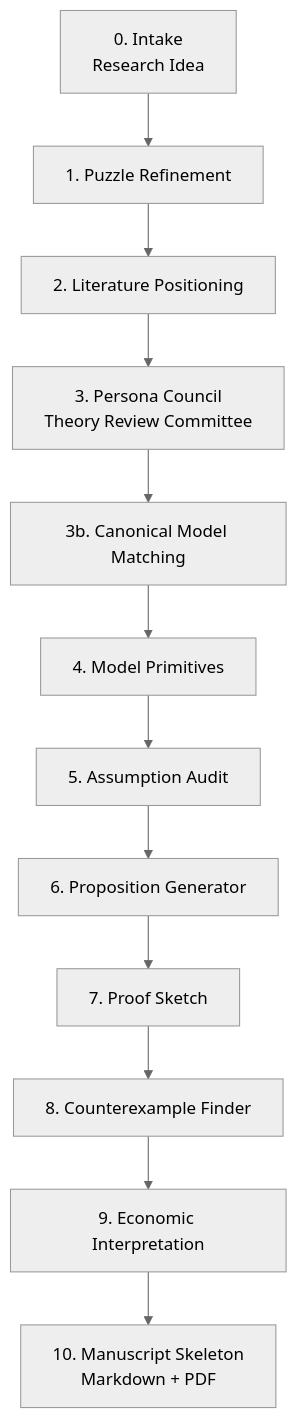
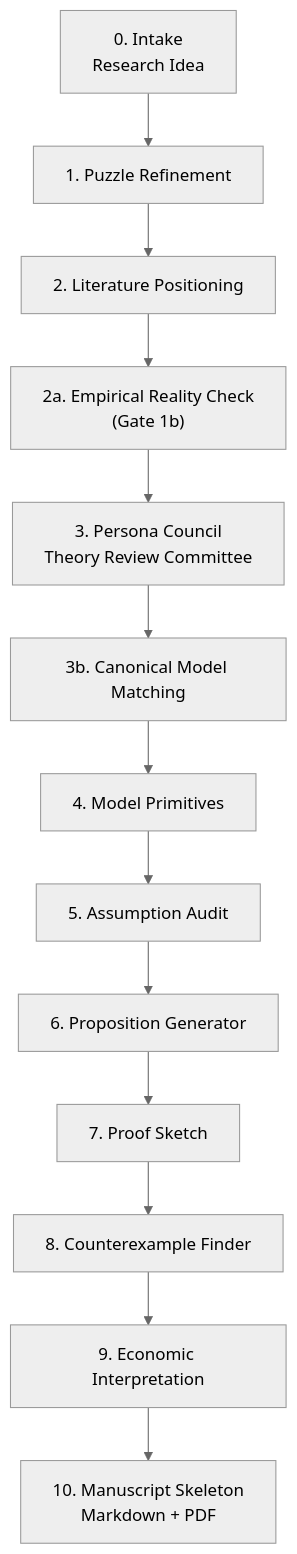
The diagram in README_EN.md (maxwell2732/pAI-Econ-claude), drawn with Mermaid (neutral theme) before and after one commit. The commit also changed other lines of this file and 26 other files, not shown here.

First line of the commit message:
Add Stage 2a Empirical Reality Check and Gate 1b to skill pipeline

````diff
--- a/README_EN.md
+++ b/README_EN.md
@@ -285,14 +300,15 @@
 ```mermaid
 flowchart TD
     A["0. Intake<br/>Research Idea"] --> B["1. Puzzle Refinement"]
     B --> C["2. Literature Positioning"]
-    C --> D["3. Persona Council<br/>Theory Review Committee"]
+    C --> C2["2a. Empirical Reality Check<br/>(Gate 1b)"]
+    C2 --> D["3. Persona Council<br/>Theory Review Committee"]
     D --> E["3b. Canonical Model Matching"]
     E --> F["4. Model Primitives"]
     F --> G["5. Assumption Audit"]
     G --> H["6. Proposition Generator"]
     H --> I["7. Proof Sketch"]
     I --> J["8. Counterexample Finder"]
     J --> K["9. Economic Interpretation"]
     K --> L["10. Manuscript Skeleton<br/>Markdown + PDF"]
 ```
````
